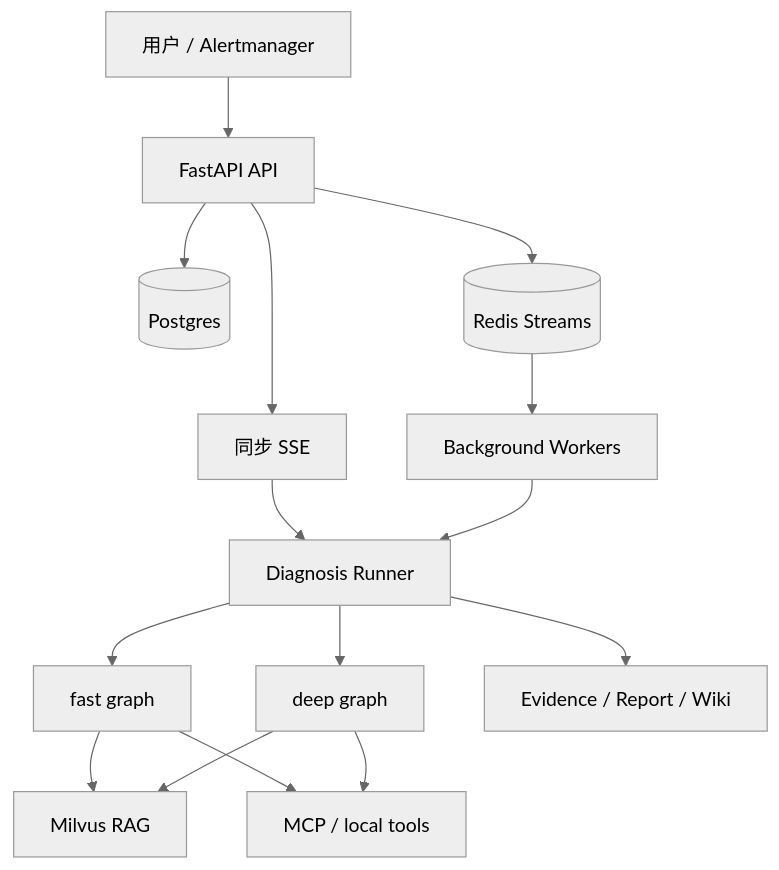
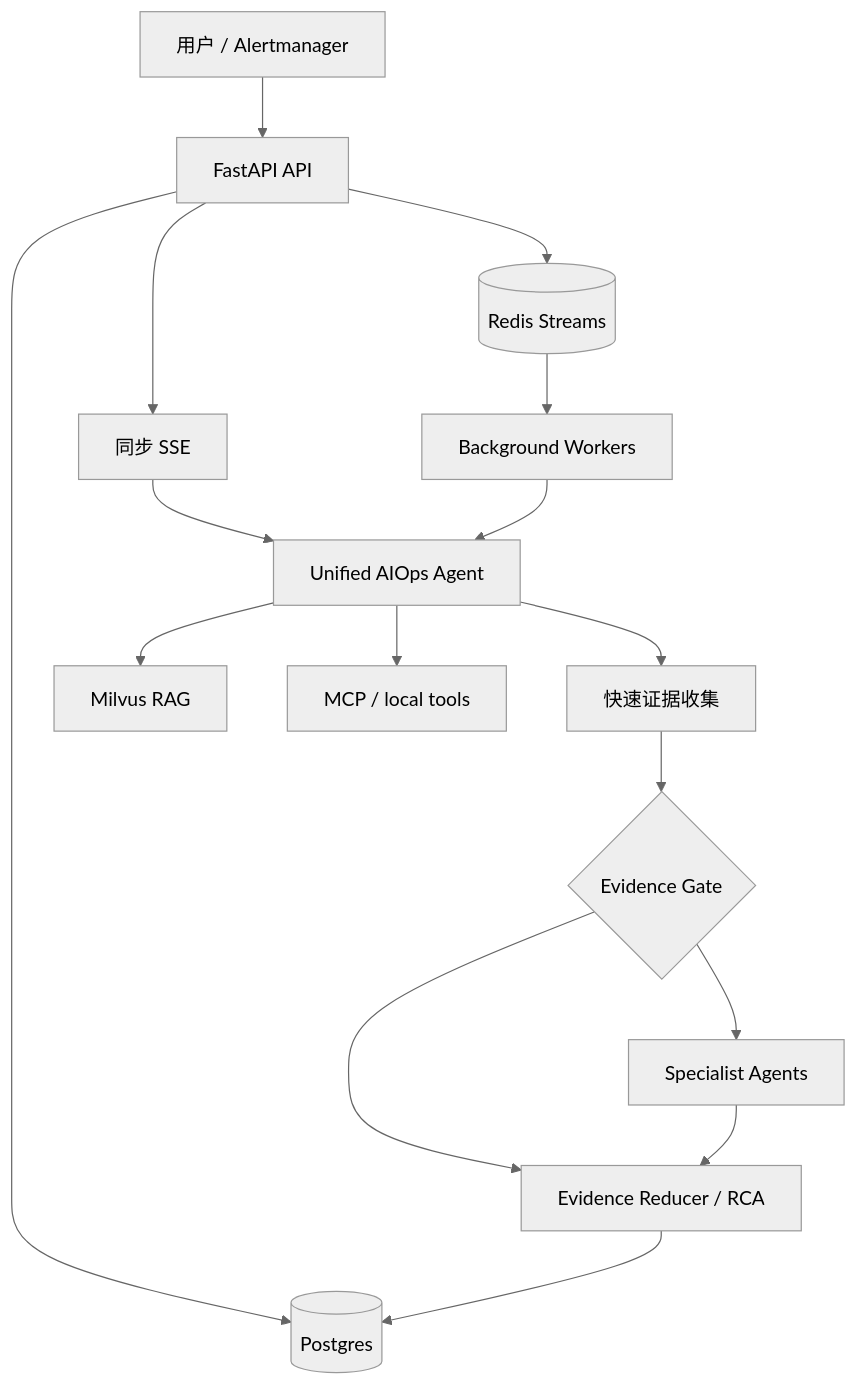
Before and after one commit to e-ntropy/aiops1.0: the diagram in README.md, drawn with Mermaid (neutral theme). The commit also changed other lines of this file and 36 other files, not shown here.

Commit message:
feat: persist unified aiops incident learning loop

````diff
--- a/README.md
+++ b/README.md
@@ -62,17 +60,18 @@
 ```mermaid
 flowchart TD
     User["用户 / Alertmanager"] --> API["FastAPI API"]
     API --> Sync["同步 SSE"]
     API --> Facts[("Postgres")]
     API --> Queue[("Redis Streams")]
     Queue --> Workers["Background Workers"]
-    Sync --> Runner["Diagnosis Runner"]
-    Workers --> Runner
-    Runner --> Fast["fast graph"]
-    Runner --> Deep["deep graph"]
-    Fast --> RAG["Milvus RAG"]
-    Deep --> RAG
-    Fast --> Tools["MCP / local tools"]
-    Deep --> Tools
-    Runner --> Evidence["Evidence / Report / Wiki"]
+    Sync --> Agent["Unified AIOps Agent"]
+    Workers --> Agent
+    Agent --> Triage["快速证据收集"]
+    Triage --> Gate{"Evidence Gate"}
+    Gate --> Specialists["Specialist Agents"]
+    Gate --> RCA["Evidence Reducer / RCA"]
+    Specialists --> RCA
+    Agent --> RAG["Milvus RAG"]
+    Agent --> Tools["MCP / local tools"]
+    RCA --> Facts
 ```
````
